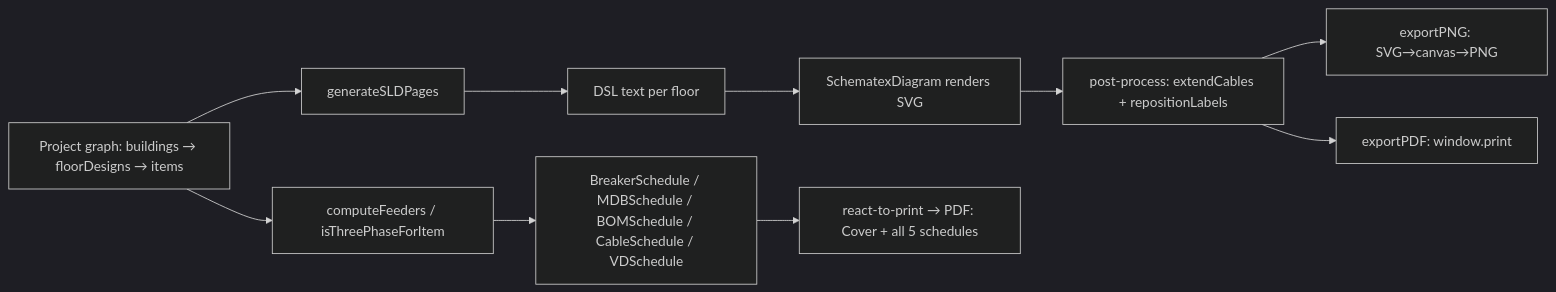
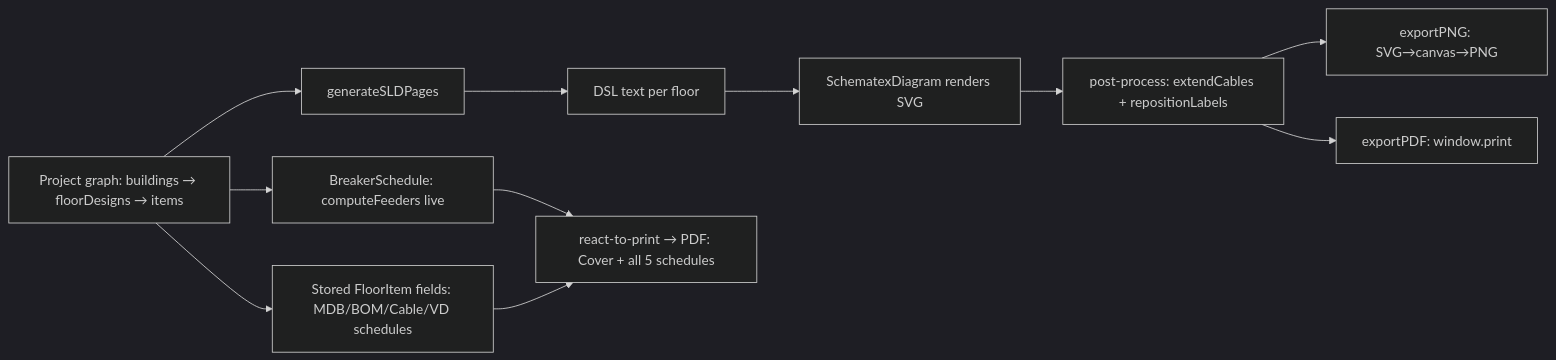
One commit to spyshow/ProCal changed the diagram in docs/reference-sld-reports.md. Above: the diagram before and after it, drawn with Mermaid (dark theme). The commit also changed other lines of this file, not shown here.

First line of the commit message:
docs: fix reference-sld-reports — schedule data paths + VD band gap

````diff
--- a/docs/reference-sld-reports.md
+++ b/docs/reference-sld-reports.md
@@ -10,12 +14,13 @@
 ```mermaid
 flowchart LR
   P[Project graph: buildings → floorDesigns → items] --> G[generateSLDPages]
   G --> DSL[DSL text per floor]
   DSL --> SX[SchematexDiagram renders SVG]
   SX --> PP[post-process: extendCables + repositionLabels]
   PP --> PNG[exportPNG: SVG→canvas→PNG]
   PP --> PDF[exportPDF: window.print]
-  P --> F[computeFeeders / isThreePhaseForItem]
-  F --> Sched[BreakerSchedule / MDBSchedule / BOMSchedule / CableSchedule / VDSchedule]
-  Sched --> RPT[react-to-print → PDF: Cover + all 5 schedules]
+  P --> F[BreakerSchedule: computeFeeders live]
+  P --> S[Stored FloorItem fields: MDB/BOM/Cable/VD schedules]
+  F --> RPT[react-to-print → PDF: Cover + all 5 schedules]
+  S --> RPT
 ```
````
